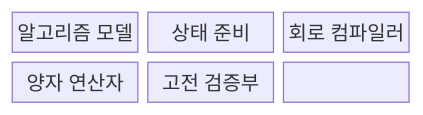
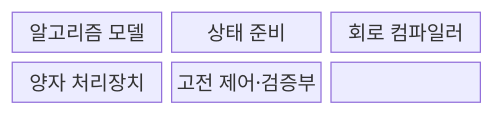
Before and after one commit to agnusdei1207/knowledge-base: the first of 2 diagrams in src/content/docs/notes/08-latest-tech/212_quantum_computing.md, drawn with Mermaid. The commit also changed other lines of this file and 9 other files, not shown here.

````diff
--- a/src/content/docs/notes/08-latest-tech/212_quantum_computing.md
+++ b/src/content/docs/notes/08-latest-tech/212_quantum_computing.md
@@ -66,11 +70,11 @@
 ```mermaid
 block-beta
   columns 3
   N0["알고리즘 모델"]
   N1["상태 준비"]
   N2["회로 컴파일러"]
-  N3["양자 연산자"]
-  N4["고전 검증부"]
+  N3["양자 처리장치"]
+  N4["고전 제어·검증부"]
   N0 --- N1 --- N2
   N2 --- N3 --- N4
 ```
````
